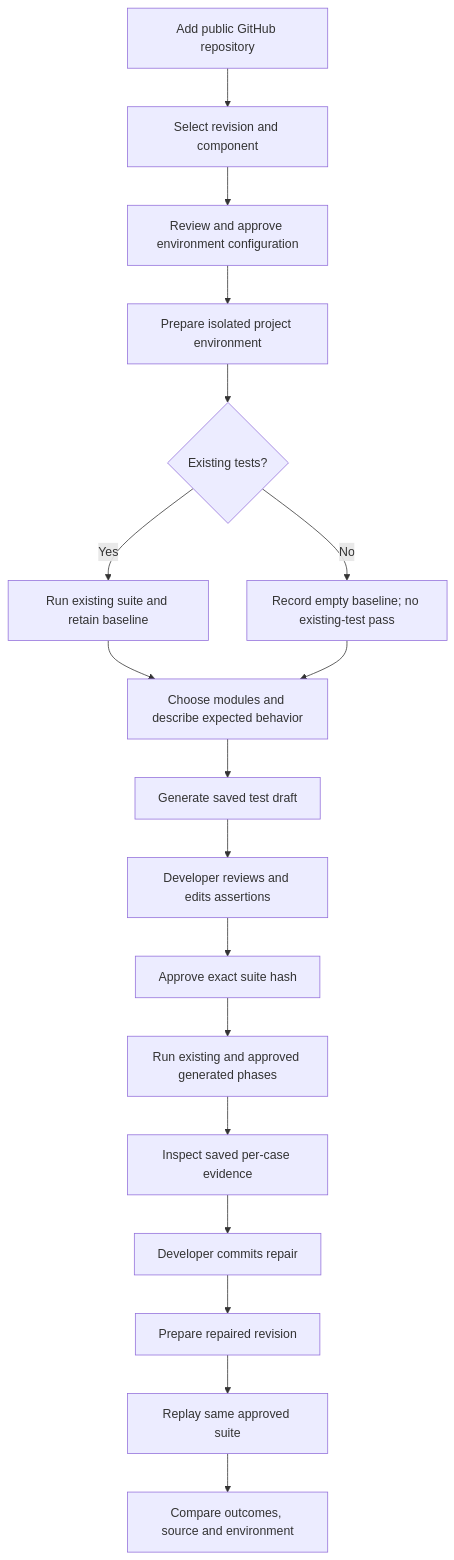
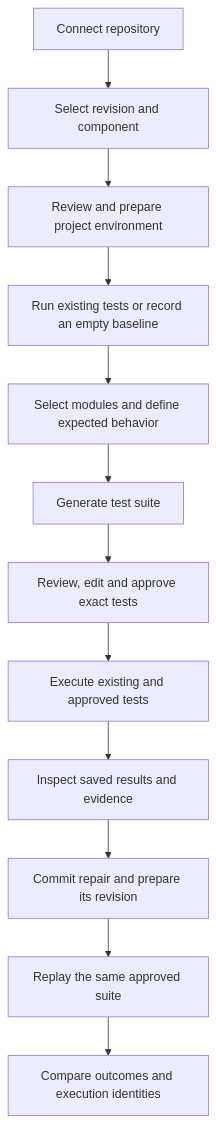
Before and after one commit to ziademad02153/tracefold: the first of 2 diagrams in README.md, drawn with Mermaid. The commit also changed other lines of this file, not shown here.

````diff
--- a/README.md
+++ b/README.md
@@ -72,20 +49,14 @@
 ```mermaid
 flowchart TD
-    A["Add public GitHub repository"] --> B["Select revision and component"]
-    B --> C["Review and approve environment configuration"]
-    C --> D["Prepare isolated project environment"]
-    D --> E{"Existing tests?"}
-    E -->|Yes| F["Run existing suite and retain baseline"]
-    E -->|No| G["Record empty baseline; no existing-test pass"]
-    F --> H["Choose modules and describe expected behavior"]
-    G --> H
-    H --> I["Generate saved test draft"]
-    I --> J["Developer reviews and edits assertions"]
-    J --> K["Approve exact suite hash"]
-    K --> L["Run existing and approved generated phases"]
-    L --> M["Inspect saved per-case evidence"]
-    M --> N["Developer commits repair"]
-    N --> O["Prepare repaired revision"]
-    O --> P["Replay same approved suite"]
-    P --> Q["Compare outcomes, source and environment"]
+    A["Connect repository"] --> B["Select revision and component"]
+    B --> C["Review and prepare project environment"]
+    C --> D["Run existing tests or record an empty baseline"]
+    D --> E["Select modules and define expected behavior"]
+    E --> F["Generate test suite"]
+    F --> G["Review, edit and approve exact tests"]
+    G --> H["Execute existing and approved tests"]
+    H --> I["Inspect saved results and evidence"]
+    I --> J["Commit repair and prepare its revision"]
+    J --> K["Replay the same approved suite"]
+    K --> L["Compare outcomes and execution identities"]
 ```
````
